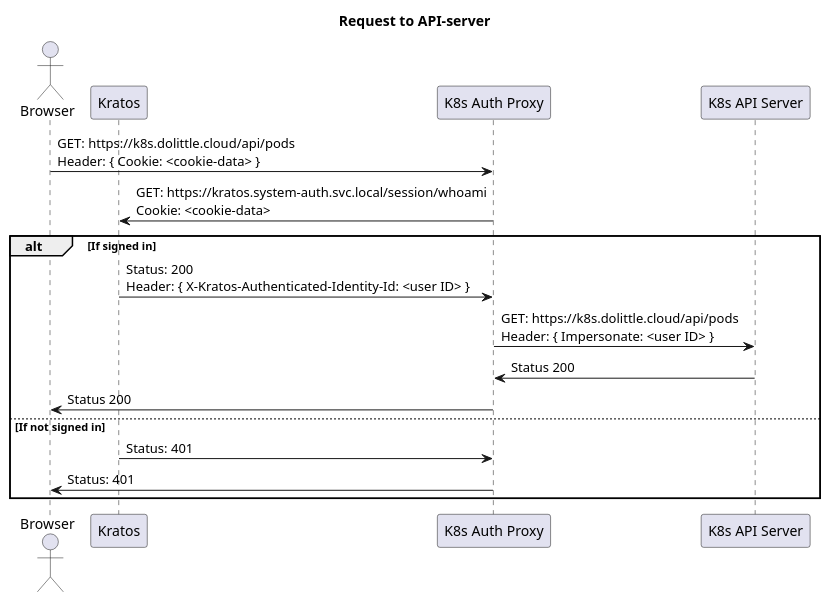
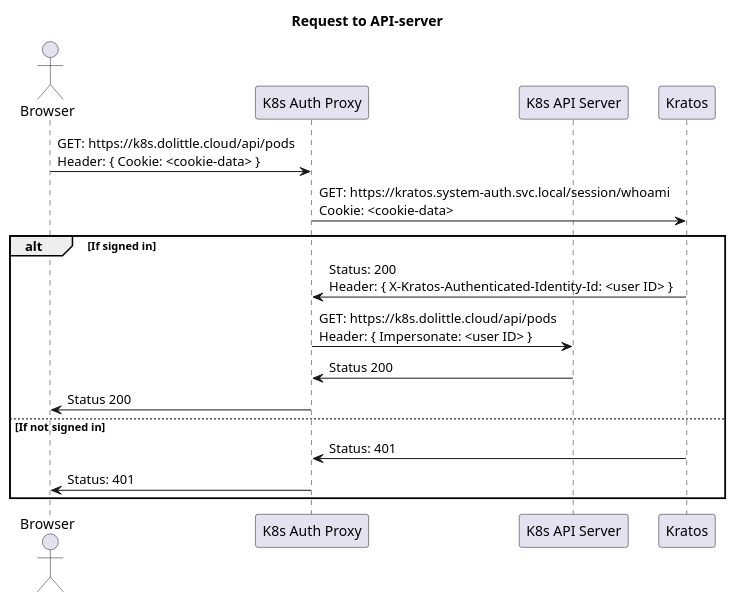
Before and after one commit to dolittle-platform/Authentication: the first of 3 diagrams in Documentation/kratos.pu, drawn with PlantUML. The commit also changed other lines of this file, not shown here.

Commit message:
Change ordering on plant uml participant list

```diff
--- a/Documentation/kratos.pu
+++ b/Documentation/kratos.pu
@@ -1,24 +1,24 @@
 @startuml "Api Server Request"
 
 title Request to API-server
 
 actor Browser
-participant Kratos
 participant "K8s Auth Proxy" as k8auth
 participant "K8s API Server" as k8api
+participant Kratos
 
 
 Browser -> k8auth: GET: https://k8s.dolittle.cloud/api/pods\nHeader: { Cookie: <cookie-data> }
 k8auth -> Kratos: GET: https://kratos.system-auth.svc.local/session/whoami\nCookie: <cookie-data>
 
 alt If signed in
     Kratos -> k8auth: Status: 200\nHeader: { X-Kratos-Authenticated-Identity-Id: <user ID> }
     k8auth -> k8api: GET: https://k8s.dolittle.cloud/api/pods\nHeader: { Impersonate: <user ID> }
     k8api -> k8auth: Status 200
     k8auth -> Browser: Status 200
 else If not signed in
     Kratos -> k8auth: Status: 401
     k8auth -> Browser: Status: 401
 end
 
 @enduml
```
